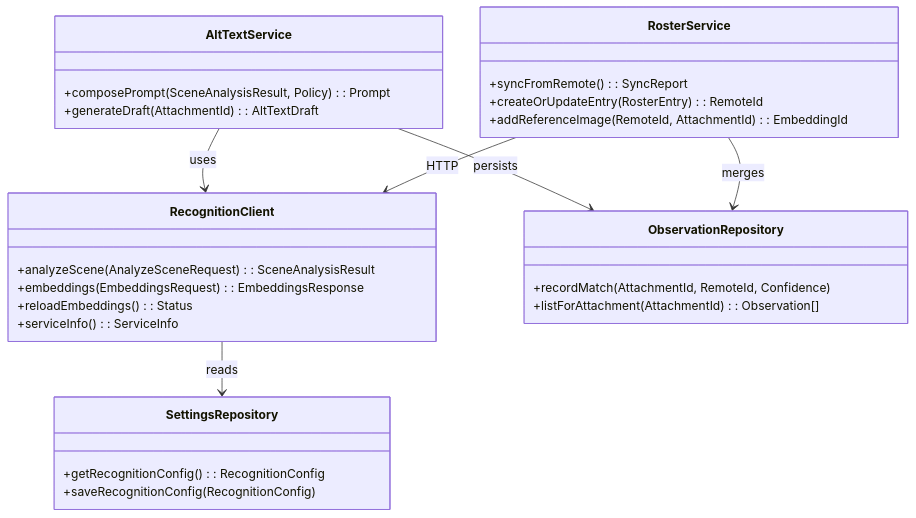
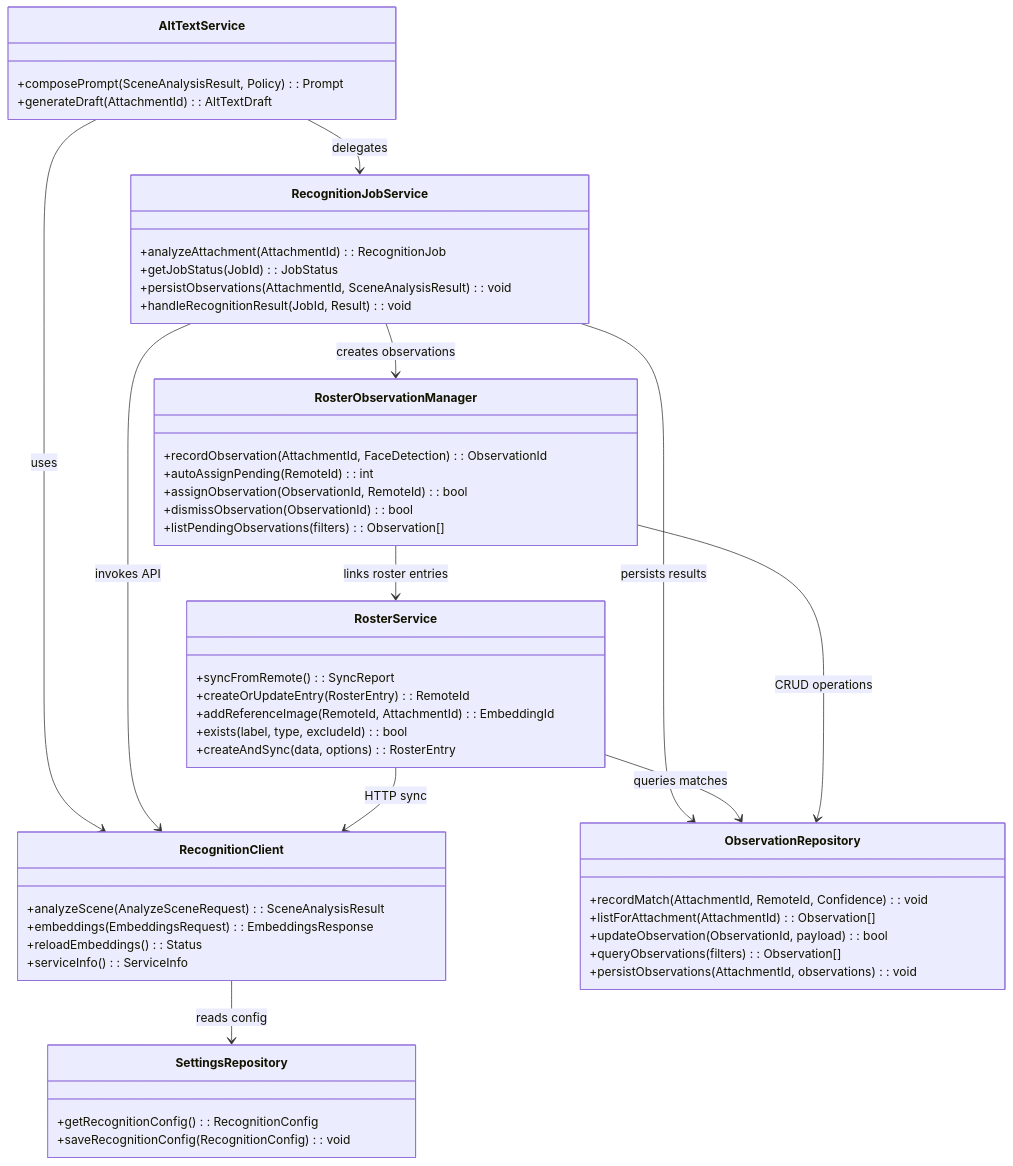
The diagram in docs/architecture/frontend-uml/uml-class-diagram.mmd (darce/context-alt-text-monorepo), drawn with Mermaid before and after one commit. The commit also changed 5 other files, not shown here.

Commit message:
docs(uml): refresh recognition journey diagrams

```diff
--- a/docs/architecture/frontend-uml/uml-class-diagram.mmd
+++ b/docs/architecture/frontend-uml/uml-class-diagram.mmd
@@ -1,34 +1,59 @@
 classDiagram
     class AltTextService {
       +composePrompt(SceneAnalysisResult, Policy): Prompt
       +generateDraft(AttachmentId): AltTextDraft
     }
 
     class RecognitionClient {
       +analyzeScene(AnalyzeSceneRequest): SceneAnalysisResult
       +embeddings(EmbeddingsRequest): EmbeddingsResponse
       +reloadEmbeddings(): Status
       +serviceInfo(): ServiceInfo
     }
 
     class RosterService {
       +syncFromRemote(): SyncReport
       +createOrUpdateEntry(RosterEntry): RemoteId
       +addReferenceImage(RemoteId, AttachmentId): EmbeddingId
+      +exists(label, type, excludeId): bool
+      +createAndSync(data, options): RosterEntry
+    }
+
+    class RecognitionJobService {
+      +analyzeAttachment(AttachmentId): RecognitionJob
+      +getJobStatus(JobId): JobStatus
+      +persistObservations(AttachmentId, SceneAnalysisResult): void
+      +handleRecognitionResult(JobId, Result): void
+    }
+
+    class RosterObservationManager {
+      +recordObservation(AttachmentId, FaceDetection): ObservationId
+      +autoAssignPending(RemoteId): int
+      +assignObservation(ObservationId, RemoteId): bool
+      +dismissObservation(ObservationId): bool
+      +listPendingObservations(filters): Observation[]
     }
 
     class ObservationRepository {
-      +recordMatch(AttachmentId, RemoteId, Confidence)
+      +recordMatch(AttachmentId, RemoteId, Confidence): void
       +listForAttachment(AttachmentId): Observation[]
+      +updateObservation(ObservationId, payload): bool
+      +queryObservations(filters): Observation[]
+      +persistObservations(AttachmentId, observations): void
     }
 
     class SettingsRepository {
       +getRecognitionConfig(): RecognitionConfig
-      +saveRecognitionConfig(RecognitionConfig)
+      +saveRecognitionConfig(RecognitionConfig): void
     }
 
     AltTextService --> RecognitionClient : uses
-    AltTextService --> ObservationRepository : persists
-    RosterService --> RecognitionClient : HTTP
-    RosterService --> ObservationRepository : merges
-    RecognitionClient --> SettingsRepository : reads
+    AltTextService --> RecognitionJobService : delegates
+    RecognitionJobService --> RecognitionClient : invokes API
+    RecognitionJobService --> ObservationRepository : persists results
+    RecognitionJobService --> RosterObservationManager : creates observations
+    RosterService --> RecognitionClient : HTTP sync
+    RosterService --> ObservationRepository : queries matches
+    RosterObservationManager --> ObservationRepository : CRUD operations
+    RosterObservationManager --> RosterService : links roster entries
+    RecognitionClient --> SettingsRepository : reads config
```
